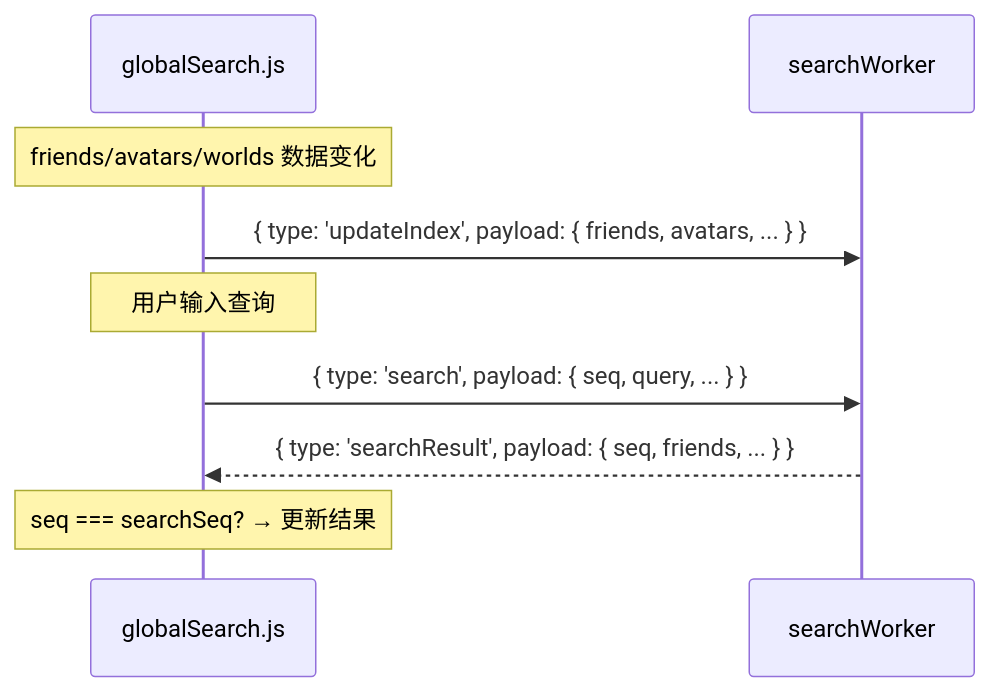
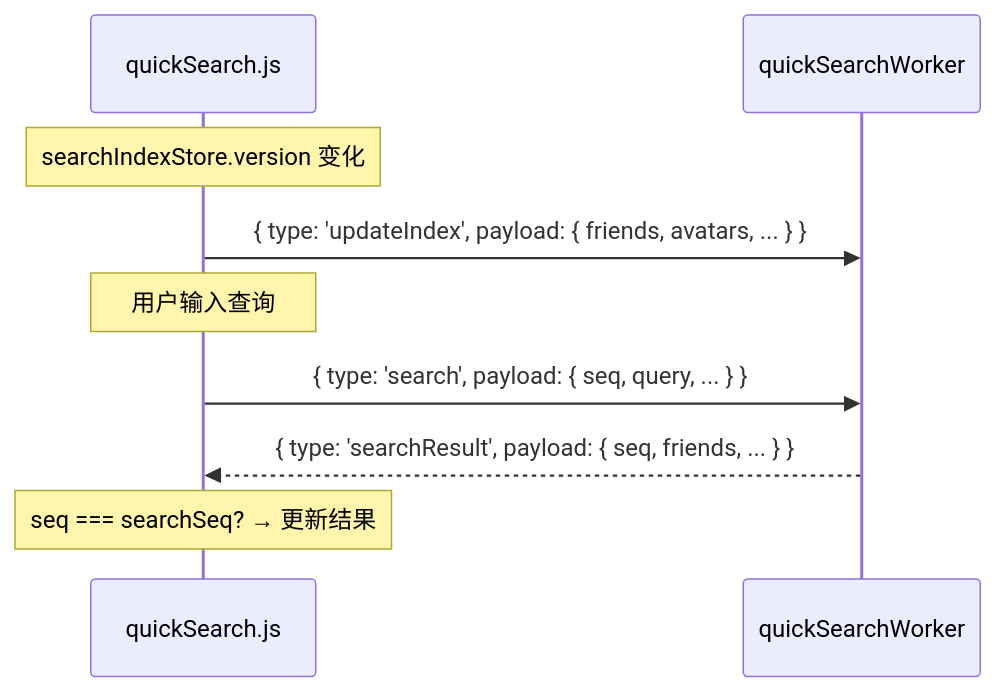
Before and after one commit to Map1en/vrcx-docs: the second of 2 diagrams in zh/modules/web-worker.md, drawn with Mermaid. The commit also changed other lines of this file and 11 other files, not shown here.

Commit message:
update quick search

````diff
--- a/zh/modules/web-worker.md
+++ b/zh/modules/web-worker.md
@@ -45,13 +45,13 @@
 ```mermaid
 sequenceDiagram
-    participant Store as globalSearch.js
-    participant Worker as searchWorker
+    participant Store as quickSearch.js
+    participant Worker as quickSearchWorker
     
-    Note over Store: friends/avatars/worlds 数据变化
+    Note over Store: searchIndexStore.version 变化
     Store->>Worker: { type: 'updateIndex', payload: { friends, avatars, ... } }
     
     Note over Store: 用户输入查询
     Store->>Worker: { type: 'search', payload: { seq, query, ... } }
     Worker-->>Store: { type: 'searchResult', payload: { seq, friends, ... } }
     Note over Store: seq === searchSeq? → 更新结果
 ```
````
